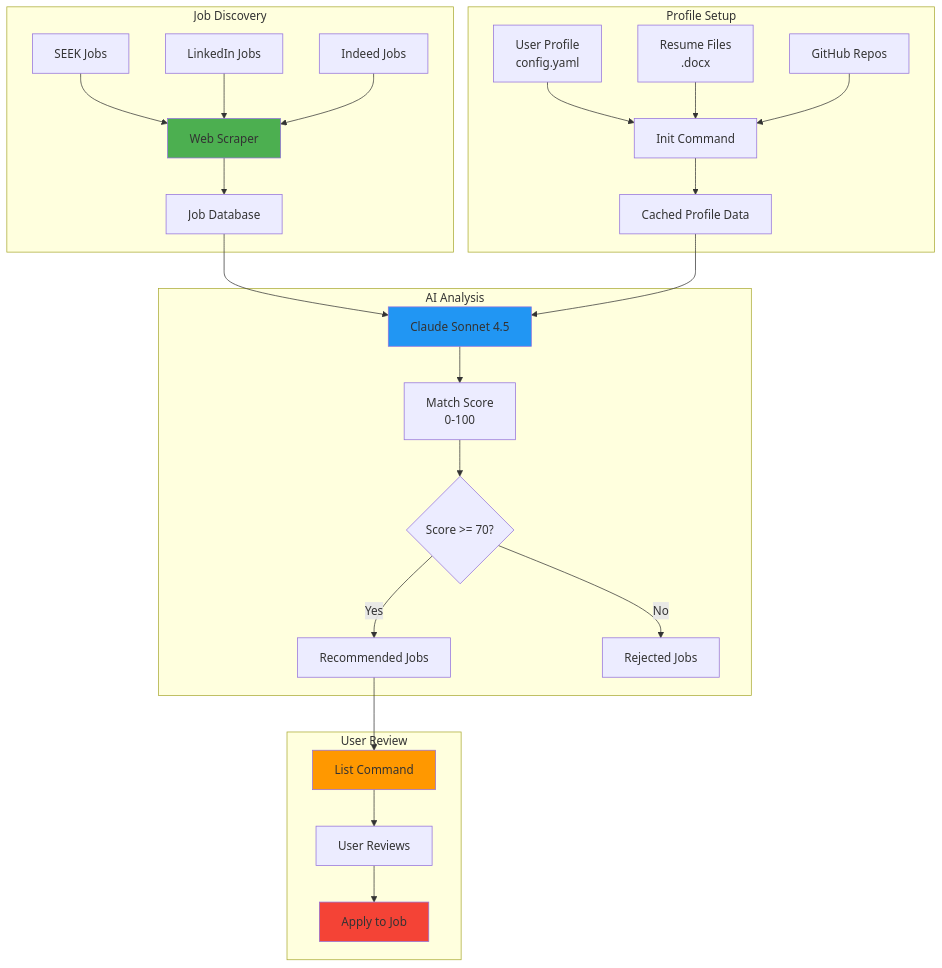
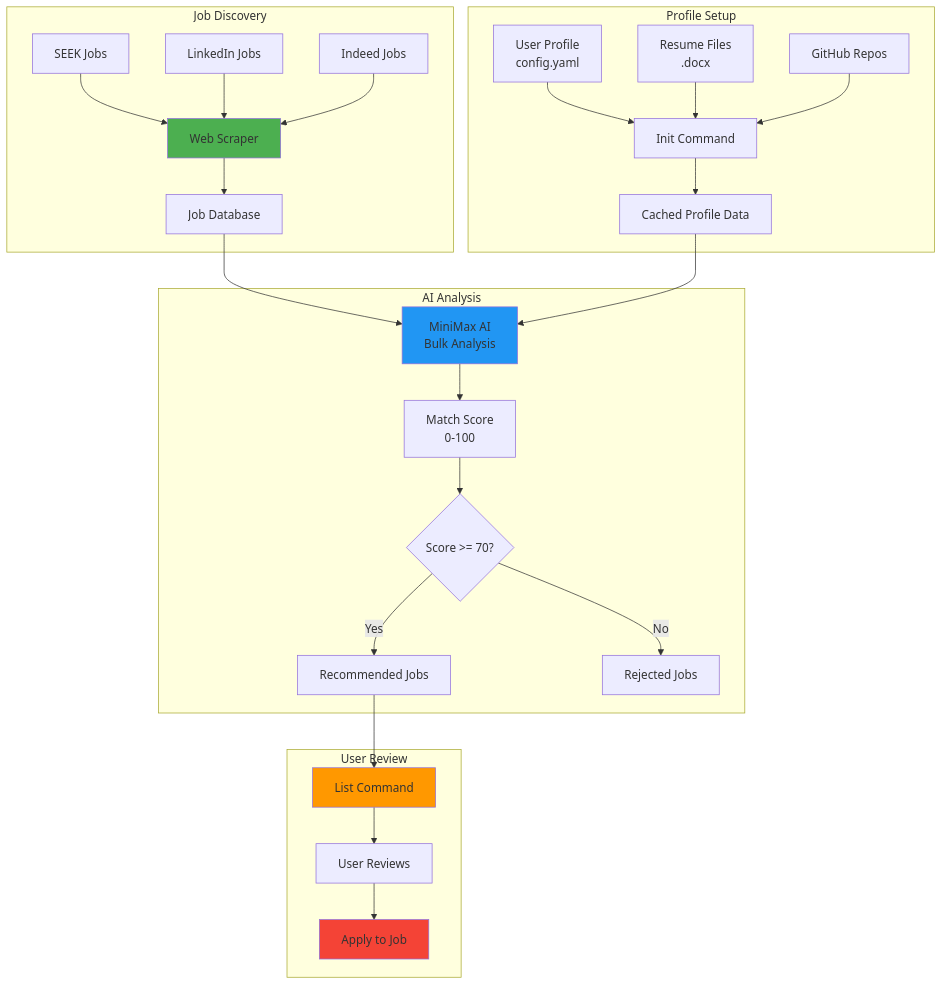
The first of 3 diagrams in README.md (guidebee/jobseeker), drawn with Mermaid before and after one commit. The commit also changed other lines of this file, not shown here.

First line of the commit message:
docs: update README to reflect MiniMax for bulk analysis, Claude for docx processing

````diff
--- a/README.md
+++ b/README.md
@@ -7,36 +11,36 @@
 ```mermaid
 graph TB
     subgraph "Job Discovery"
         A[SEEK Jobs] --> D[Web Scraper]
         B[LinkedIn Jobs] --> D
         C[Indeed Jobs] --> D
         D --> E[Job Database]
     end
 
     subgraph "Profile Setup"
         F[User Profile<br/>config.yaml] --> G[Init Command]
         H[Resume Files<br/>.docx] --> G
         I[GitHub Repos] --> G
         G --> J[Cached Profile Data]
     end
 
     subgraph "AI Analysis"
-        E --> K[Claude Sonnet 4.5]
+        E --> K[MiniMax AI<br/>Bulk Analysis]
         J --> K
         K --> L[Match Score<br/>0-100]
         L --> M{Score >= 70?}
         M -->|Yes| N[Recommended Jobs]
         M -->|No| O[Rejected Jobs]
     end
 
     subgraph "User Review"
         N --> P[List Command]
         P --> Q[User Reviews]
         Q --> R[Apply to Job]
     end
 
     style D fill:#4CAF50
     style K fill:#2196F3
     style P fill:#FF9800
     style R fill:#F44336
 ```
````
